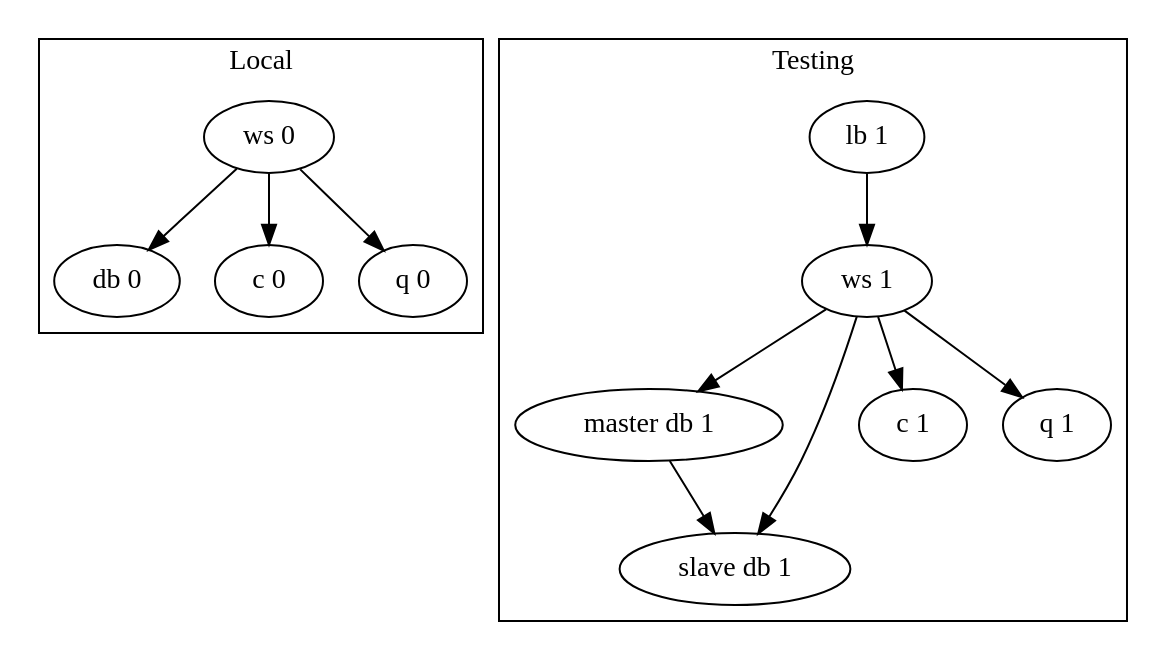
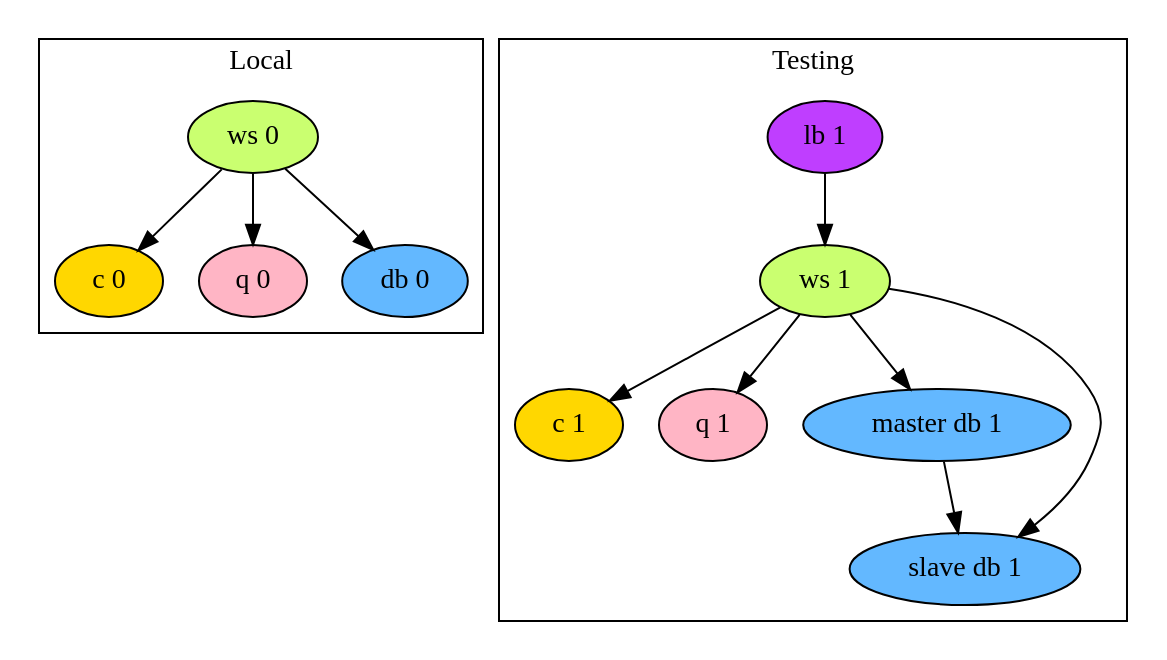
One commit to jonathanslenders/python-deployer changed the third of 4 diagrams in docs/pages/architecture_of_roles_and_nodes.rst. Above: the diagram before and after it, drawn with Graphviz. The commit also changed other lines of this file, not shown here.

Commit message:
colours and typo fixes in graphs.

```diff
--- a/docs/pages/architecture_of_roles_and_nodes.rst
+++ b/docs/pages/architecture_of_roles_and_nodes.rst
@@ -57,20 +74,32 @@
 .. graphviz::
 
     digraph G {
       compound=true;
       subgraph cluster_local {
+           "ws 0" [style=filled, fillcolor=darkolivegreen1];
+           "c 0" [style=filled, fillcolor=gold1];
+           "q 0" [style=filled, fillcolor=pink1];
+           "db 0" [style=filled, fillcolor=steelblue1];
+
            label="Local";
            "ws 0" -> "db 0";
            "ws 0" -> "c 0";
            "ws 0" -> "q 0";
       }
       subgraph cluster1 {
+           "lb 1" [style=filled, fillcolor=darkorchid1];
+           "ws 1" [style=filled, fillcolor=darkolivegreen1];
+           "c 1" [style=filled, fillcolor=gold1];
+           "q 1" [style=filled, fillcolor=pink1];
+           "master db 1" [style=filled, fillcolor=steelblue1];
+           "slave db 1" [style=filled, fillcolor=steelblue1];
+
            label="Testing";
            "lb 1" -> "ws 1";
            "ws 1" -> "master db 1";
            "ws 1" -> "slave db 1";
            "ws 1" -> "c 1";
            "ws 1" -> "q 1";
            "master db 1" -> "slave db 1";
       }
     }
```
